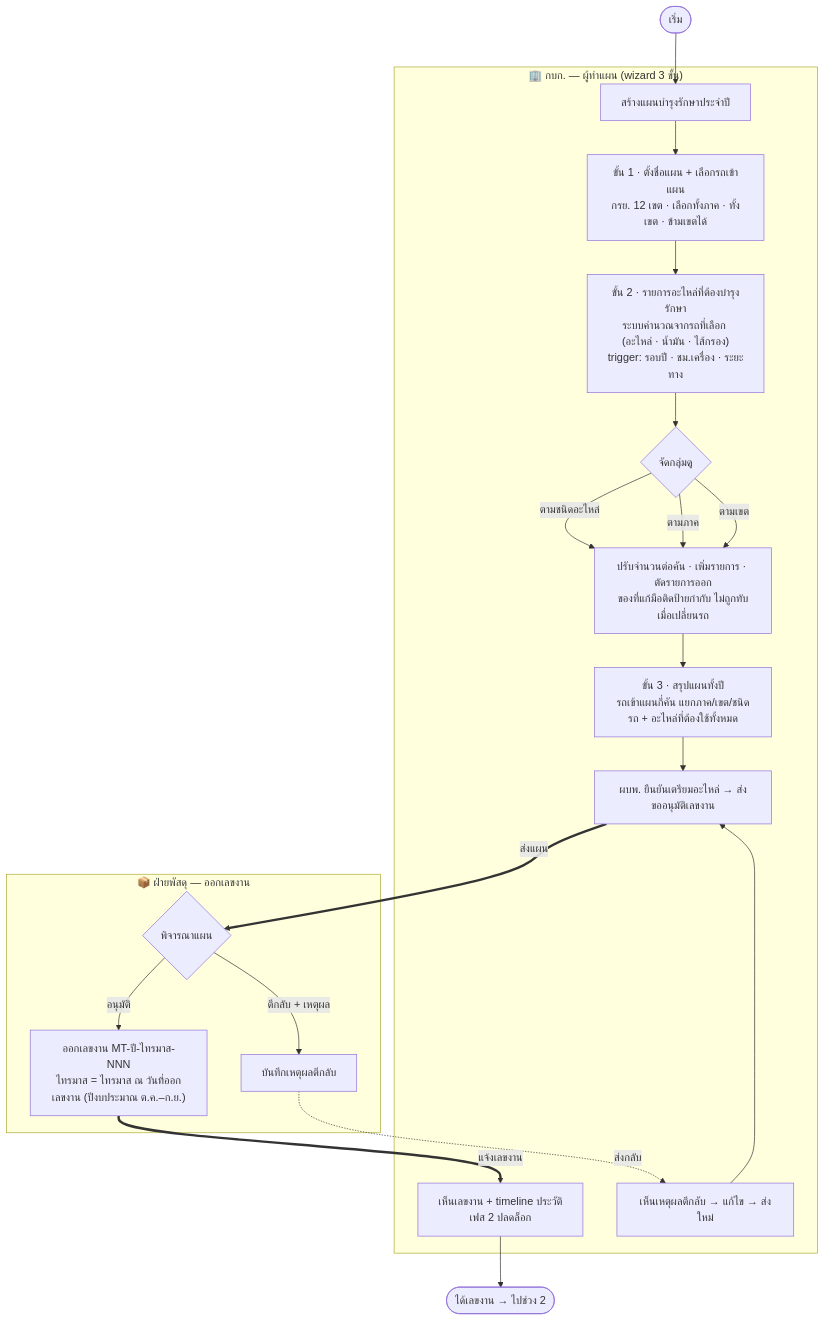
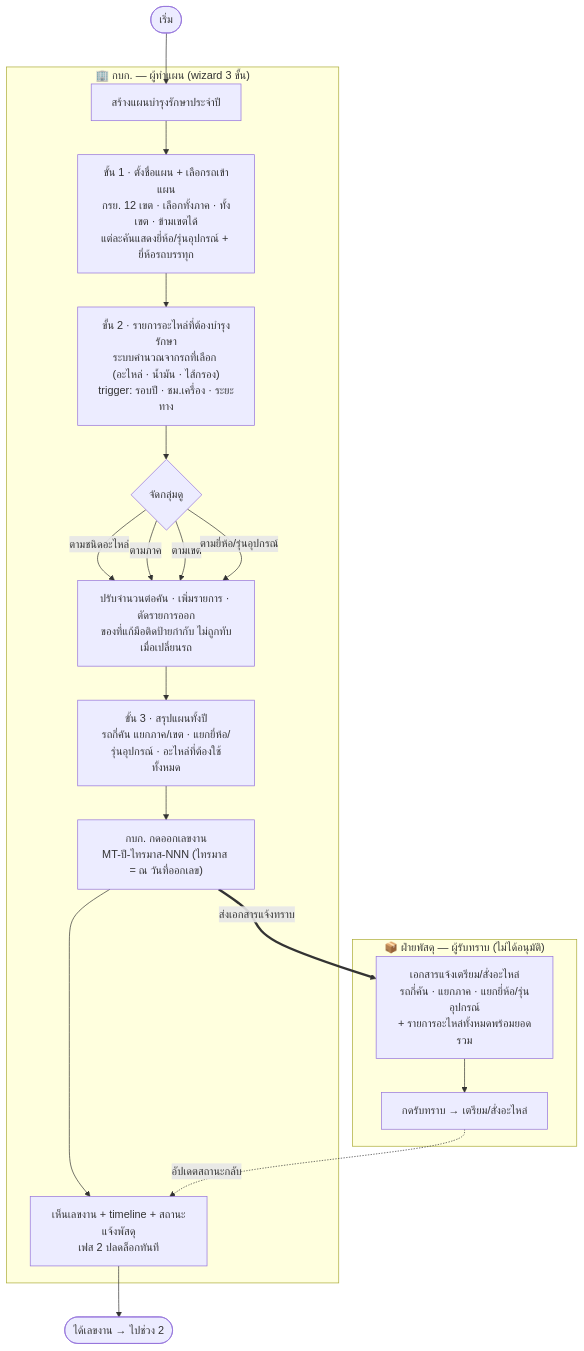
One commit to anugmail/Maintenance-Request-Form changed the diagram in Diagram/01-บำรุงรักษาตามวาระ/01-ออกเลขงาน.md. Above: the diagram before and after it, drawn with Mermaid. The commit also changed other lines of this file and 5 other files, not shown here.

First line of the commit message:
feat(บำรุงรักษา): ตัดขั้นเตรียมอะไหล่ · พัสดุเป็นผู้รับทราบไม่ใช่ผู้อนุมัติ · เพิ่มยี่ห้อ/รุ่นอุปกรณ์

````diff
--- a/Diagram/01-บำรุงรักษาตามวาระ/01-ออกเลขงาน.md
+++ b/Diagram/01-บำรุงรักษาตามวาระ/01-ออกเลขงาน.md
@@ -10,34 +11,30 @@
 ```mermaid
 flowchart TB
     S([เริ่ม])
 
     subgraph KBK["🏢 กบก. — ผู้ทำแผน (wizard 3 ขั้น)"]
         A[สร้างแผนบำรุงรักษาประจำปี]
-        A --> B["ขั้น 1 · ตั้งชื่อแผน + เลือกรถเข้าแผน<br/>กรย. 12 เขต · เลือกทั้งภาค · ทั้งเขต · ข้ามเขตได้"]
+        A --> B["ขั้น 1 · ตั้งชื่อแผน + เลือกรถเข้าแผน<br/>กรย. 12 เขต · เลือกทั้งภาค · ทั้งเขต · ข้ามเขตได้<br/>แต่ละคันแสดงยี่ห้อ/รุ่นอุปกรณ์ + ยี่ห้อรถบรรทุก"]
         B --> C["ขั้น 2 · รายการอะไหล่ที่ต้องบำรุงรักษา<br/>ระบบคำนวณจากรถที่เลือก (อะไหล่ · น้ำมัน · ไส้กรอง)<br/>trigger: รอบปี · ชม.เครื่อง · ระยะทาง"]
         C --> C2{"จัดกลุ่มดู"}
         C2 -->|ตามชนิดอะไหล่| C3
         C2 -->|ตามภาค| C3
         C2 -->|ตามเขต| C3
+        C2 -->|ตามยี่ห้อ/รุ่นอุปกรณ์| C3
         C3["ปรับจำนวนต่อคัน · เพิ่มรายการ · ตัดรายการออก<br/>ของที่แก้มือติดป้ายกำกับ ไม่ถูกทับเมื่อเปลี่ยนรถ"]
-        C3 --> D["ขั้น 3 · สรุปแผนทั้งปี<br/>รถเข้าแผนกี่คัน แยกภาค/เขต/ชนิดรถ + อะไหล่ที่ต้องใช้ทั้งหมด"]
-        D --> E[ผบพ. ยืนยันเตรียมอะไหล่ → ส่งขออนุมัติเลขงาน]
-        H[เห็นเหตุผลตีกลับ → แก้ไข → ส่งใหม่]
-        H --> E
-        J[เห็นเลขงาน + timeline ประวัติ<br/>เฟส 2 ปลดล็อก]
+        C3 --> D["ขั้น 3 · สรุปแผนทั้งปี<br/>รถกี่คัน แยกภาค/เขต · แยกยี่ห้อ/รุ่นอุปกรณ์ · อะไหล่ที่ต้องใช้ทั้งหมด"]
+        D --> E["กบก. กดออกเลขงาน<br/>MT-ปี-ไทรมาส-NNN (ไทรมาส = ณ วันที่ออกเลข)"]
+        E --> J[เห็นเลขงาน + timeline + สถานะแจ้งพัสดุ<br/>เฟส 2 ปลดล็อกทันที]
     end
 
-    subgraph PSD["📦 ฝ่ายพัสดุ — ออกเลขงาน"]
-        F{พิจารณาแผน}
-        I["ออกเลขงาน MT-ปี-ไทรมาส-NNN<br/>ไทรมาส = ไทรมาส ณ วันที่ออกเลขงาน (ปีงบประมาณ ต.ค.–ก.ย.)"]
-        R[บันทึกเหตุผลตีกลับ]
-        F -->|อนุมัติ| I
-        F -->|ตีกลับ + เหตุผล| R
+    subgraph PSD["📦 ฝ่ายพัสดุ — ผู้รับทราบ (ไม่ได้อนุมัติ)"]
+        F["เอกสารแจ้งเตรียม/สั่งอะไหล่<br/>รถกี่คัน · แยกภาค · แยกยี่ห้อ/รุ่นอุปกรณ์<br/>+ รายการอะไหล่ทั้งหมดพร้อมยอดรวม"]
+        G[กดรับทราบ → เตรียม/สั่งอะไหล่]
+        F --> G
     end
 
     S --> A
-    E ==>|ส่งแผน| F
-    R -. ส่งกลับ .-> H
-    I ==>|แจ้งเลขงาน| J
+    E ==>|ส่งเอกสารแจ้งทราบ| F
+    G -. อัปเดตสถานะกลับ .-> J
     J --> Z([ได้เลขงาน → ไปช่วง 2])
 ```
````
